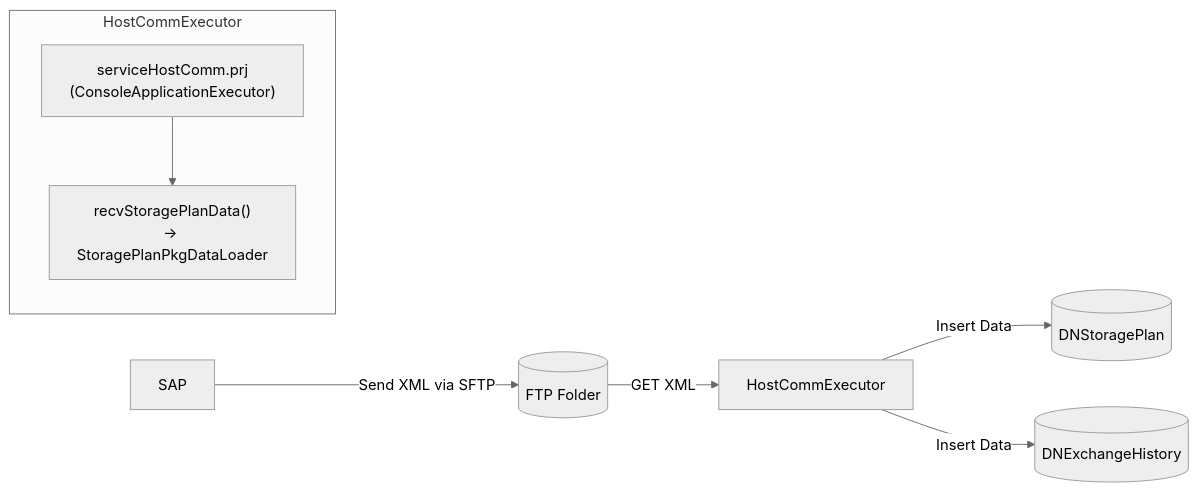
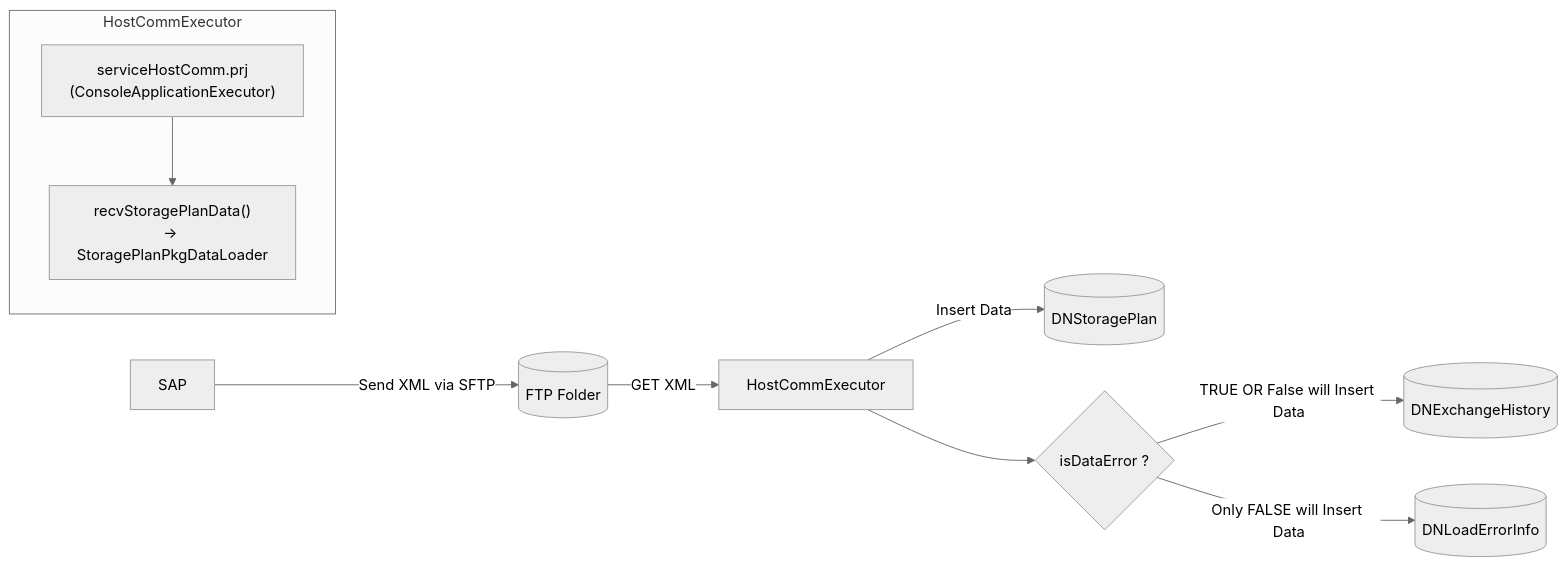
The diagram in Basic-Design/Host-Interfaces/Planned-Storage-PKG.md (luthfiadityaa/SimeDarby-Wiki), drawn with Mermaid (neutral theme) before and after one commit.

Commit message:
Updated Planned Storage PKG

```diff
--- a/Basic-Design/Host-Interfaces/Planned-Storage-PKG.md
+++ b/Basic-Design/Host-Interfaces/Planned-Storage-PKG.md
@@ -11,13 +11,15 @@
 ::: mermaid
 flowchart LR
     A[SAP] -->|Send XML via SFTP| B[(FTP Folder)]
     B -->|GET XML| C[HostCommExecutor]
     C -->|Insert Data| E[(DNStoragePlan)]
-    C -->|Insert Data| F[(DNExchangeHistory)]
+    C --> Cond1{"isDataError ?"} 
+    Cond1 --> |TRUE OR False will Insert Data| F[(DNExchangeHistory)]
+    Cond1 --> |Only FALSE will Insert Data| G[(DNLoadErrorInfo)]
 
     subgraph HostCommExecutor
         C1["serviceHostComm.prj<br>(ConsoleApplicationExecutor)"]
         C2["recvStoragePlanData()<br>→ StoragePlanPkgDataLoader"]
         C1 --> C2
     end
 :::
```
